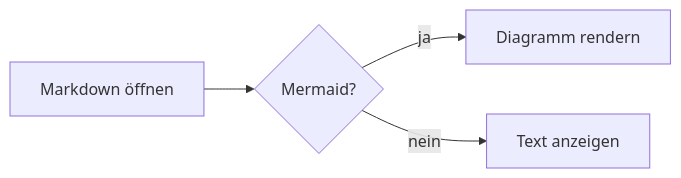
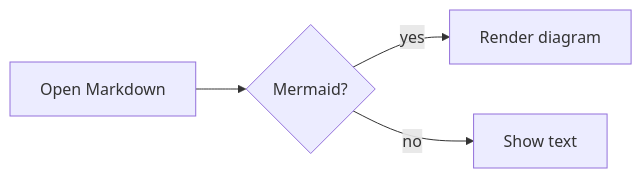
One commit to GravionLabs/nixe changed the first of 5 diagrams in fixtures/mermaid.md. Above: the diagram before and after it, drawn with Mermaid. The commit also changed other lines of this file and 20 other files, not shown here.

````diff
--- a/fixtures/mermaid.md
+++ b/fixtures/mermaid.md
@@ -5,6 +5,6 @@
 ```mermaid
 flowchart LR
-    A[Markdown öffnen] --> B{Mermaid?}
-    B -- ja --> C[Diagramm rendern]
-    B -- nein --> D[Text anzeigen]
+    A[Open Markdown] --> B{Mermaid?}
+    B -- yes --> C[Render diagram]
+    B -- no --> D[Show text]
 ```
````
